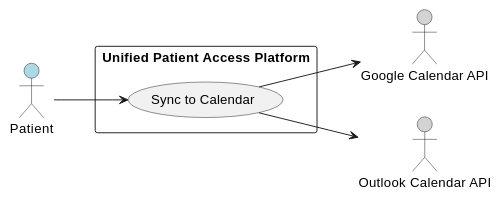
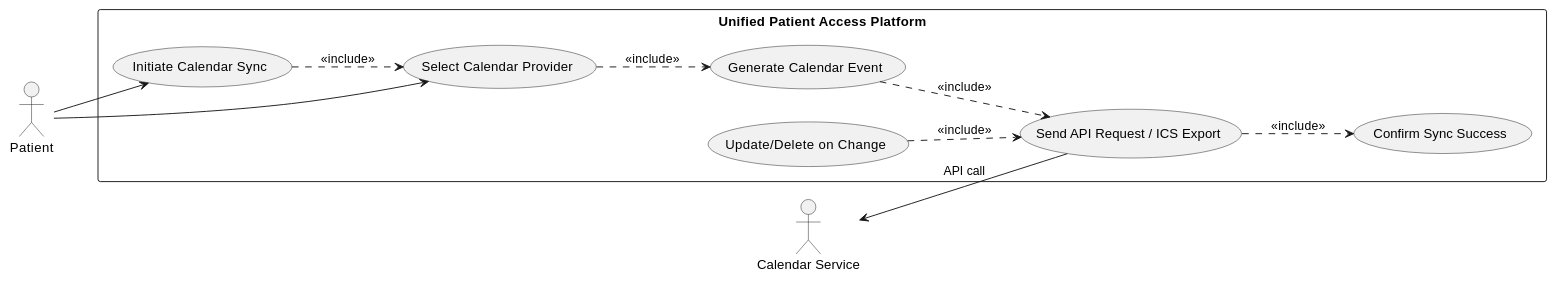
One commit to divya-bharathi-24/Propel-IQ-Patient-Platform changed diagram 12 of 12 in .propel/context/docs/spec.md. Above: the diagram before and after it, drawn with PlantUML. The commit also changed other lines of this file and 60 other files, not shown here.

````diff
--- a/.propel/context/docs/spec.md
+++ b/.propel/context/docs/spec.md
@@ -828,18 +799,27 @@
 ```plantuml
-@startuml
+@startuml UC-012-Calendar-Sync
 left to right direction
 skinparam packageStyle rectangle
 
-actor Patient #LightBlue
-actor "Google Calendar API" as Google #LightGray
-actor "Outlook Calendar API" as Outlook #LightGray
+actor Patient
+actor "Calendar Service" as CalSvc
 
 rectangle "Unified Patient Access Platform" {
-  usecase "Sync to Calendar" as UC18
+  usecase "Initiate Calendar Sync" as UC012_INIT
+  usecase "Select Calendar Provider" as UC012_SELECT
+  usecase "Generate Calendar Event" as UC012_GENERATE
+  usecase "Send API Request / ICS Export" as UC012_SEND
+  usecase "Confirm Sync Success" as UC012_CONFIRM
+  usecase "Update/Delete on Change" as UC012_UPDATE
 }
 
-Patient --> UC18
-UC18 --> Google
-UC18 --> Outlook
+Patient --> UC012_INIT
+Patient --> UC012_SELECT
+CalSvc <-- UC012_SEND : API call
+UC012_INIT ..> UC012_SELECT : <<include>>
+UC012_SELECT ..> UC012_GENERATE : <<include>>
+UC012_GENERATE ..> UC012_SEND : <<include>>
+UC012_SEND ..> UC012_CONFIRM : <<include>>
+UC012_UPDATE ..> UC012_SEND : <<include>>
 @enduml
 ```
````
